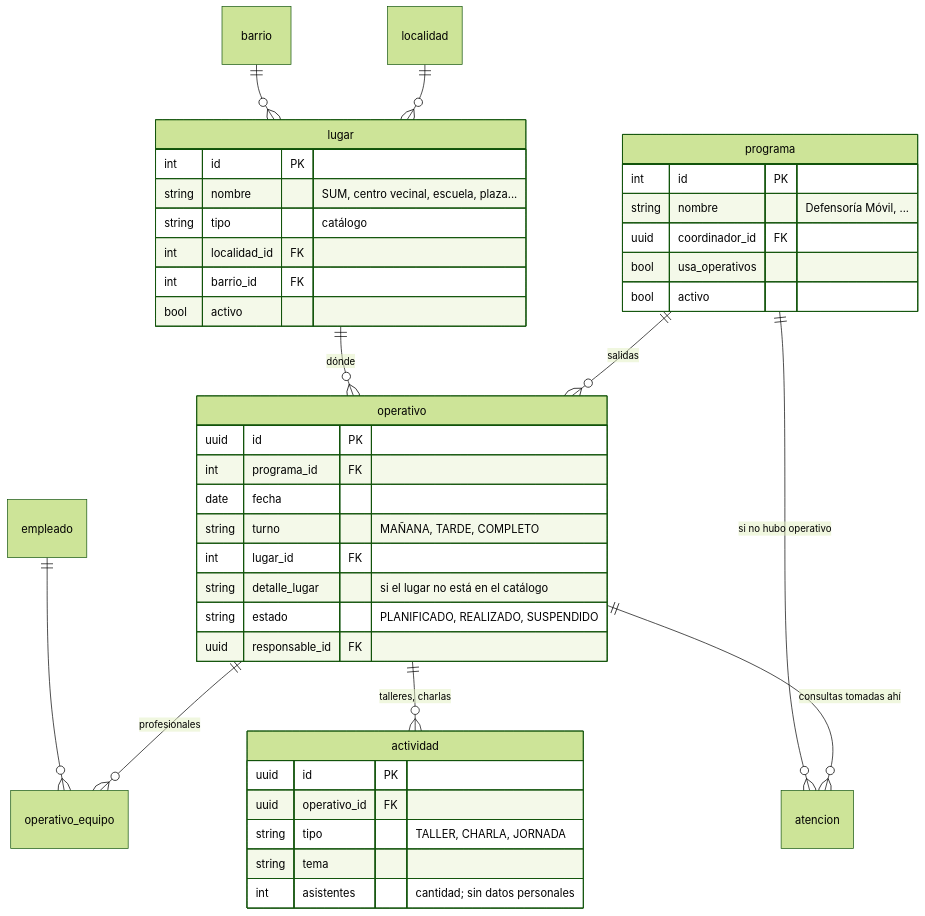
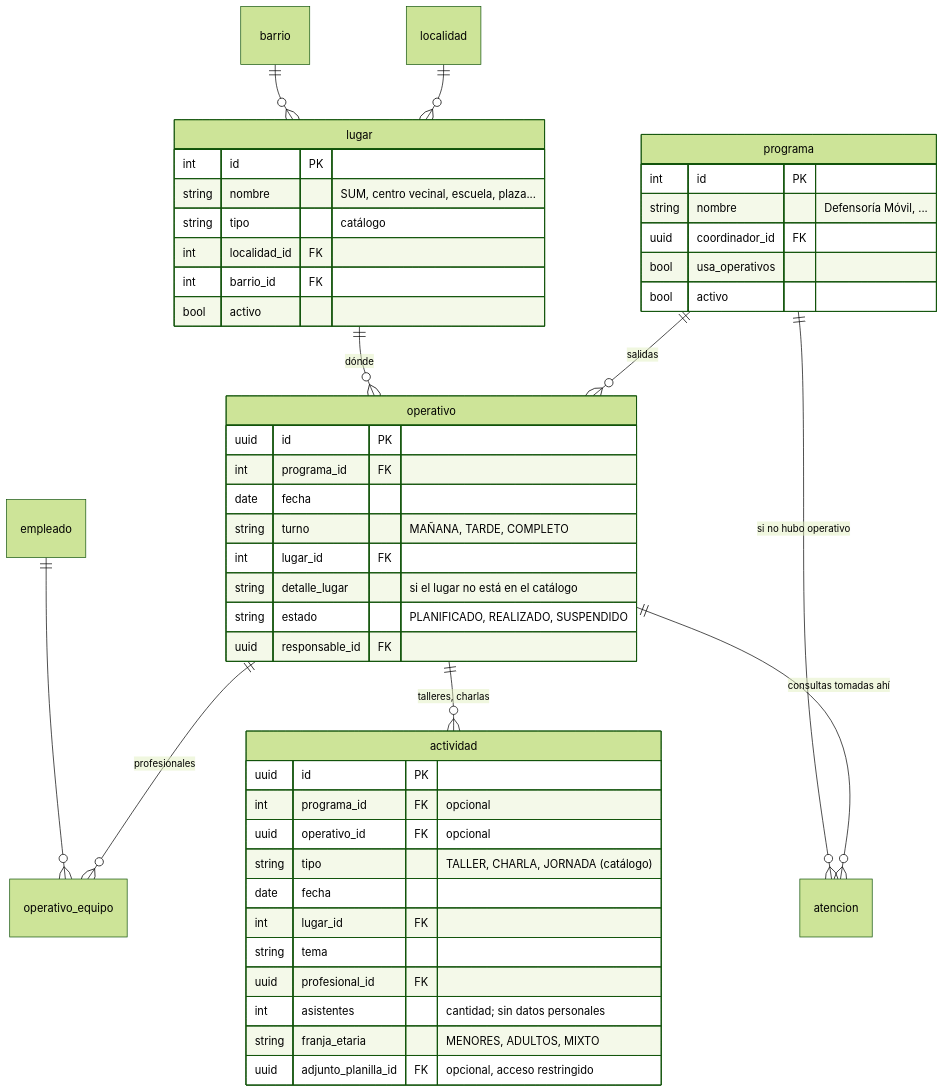
One commit to GonzaRada31/gedefensoria changed the diagram in docs/PROGRAMAS.md. Above: the diagram before and after it, drawn with Mermaid (forest theme). The commit also changed other lines of this file and 15 other files, not shown here.

````diff
--- a/docs/PROGRAMAS.md
+++ b/docs/PROGRAMAS.md
@@ -33,45 +33,51 @@
 ```mermaid
 erDiagram
   programa ||--o{ operativo : "salidas"
   lugar ||--o{ operativo : "dónde"
   localidad ||--o{ lugar : ""
   barrio ||--o{ lugar : ""
   operativo ||--o{ operativo_equipo : "profesionales"
   empleado ||--o{ operativo_equipo : ""
   operativo ||--o{ atencion : "consultas tomadas ahí"
   operativo ||--o{ actividad : "talleres, charlas"
   programa ||--o{ atencion : "si no hubo operativo"
 
   programa {
     int id PK
     string nombre "Defensoría Móvil, ..."
     uuid coordinador_id FK
     bool usa_operativos
     bool activo
   }
   operativo {
     uuid id PK
     int programa_id FK
     date fecha
     string turno "MAÑANA, TARDE, COMPLETO"
     int lugar_id FK
     string detalle_lugar "si el lugar no está en el catálogo"
     string estado "PLANIFICADO, REALIZADO, SUSPENDIDO"
     uuid responsable_id FK
   }
   lugar {
     int id PK
     string nombre "SUM, centro vecinal, escuela, plaza..."
     string tipo "catálogo"
     int localidad_id FK
     int barrio_id FK
     bool activo
   }
   actividad {
     uuid id PK
-    uuid operativo_id FK
-    string tipo "TALLER, CHARLA, JORNADA"
+    int programa_id FK "opcional"
+    uuid operativo_id FK "opcional"
+    string tipo "TALLER, CHARLA, JORNADA (catálogo)"
+    date fecha
+    int lugar_id FK
     string tema
+    uuid profesional_id FK
     int asistentes "cantidad; sin datos personales"
+    string franja_etaria "MENORES, ADULTOS, MIXTO"
+    uuid adjunto_planilla_id FK "opcional, acceso restringido"
   }
 ```
````
